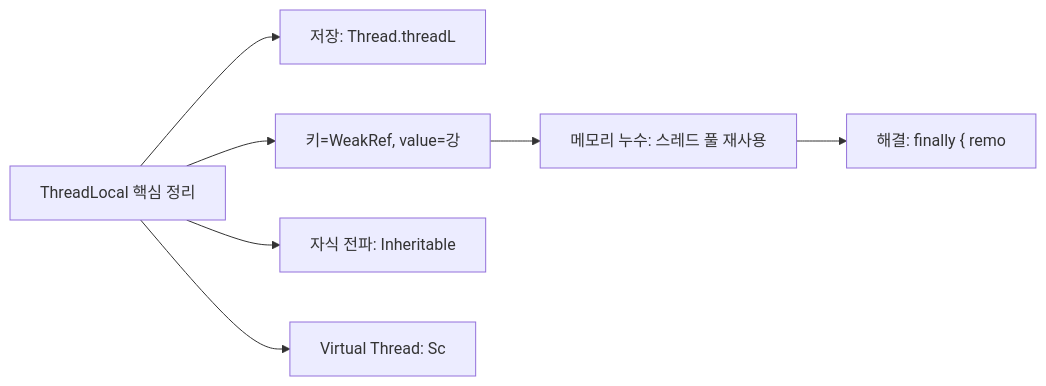
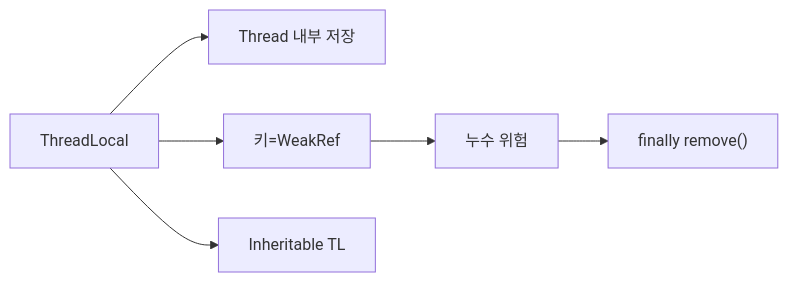
Before and after one commit to yjkim2015/yjkim2015.github.io: the fifth of 5 diagrams in _posts/java/2026-05-01-java-threadlocal.md, drawn with Mermaid. The commit also changed other lines of this file and 245 other files, not shown here.

First line of the commit message:
Mermaid 다이어그램 전면 수정 + 면접 포인트 접기/펼치기 + DB 데드락 페이지

````diff
--- a/_posts/java/2026-05-01-java-threadlocal.md
+++ b/_posts/java/2026-05-01-java-threadlocal.md
@@ -827,10 +829,8 @@
 ```mermaid
 graph LR
-    TL["ThreadLocal 핵심 정리"]
-    TL --> STORAGE["저장: Thread.threadL"]
-    TL --> WEAKREF["키=WeakRef, value=강"]
-    WEAKREF --> LEAK["메모리 누수: 스레드 풀 재사용"]
-    LEAK --> FIX["해결: finally { remo"]
-    TL --> INHERIT["자식 전파: Inheritable"]
-    TL --> VTHREAD["Virtual Thread: Sc"]
+    TL["ThreadLocal"] --> STORAGE["Thread 내부 저장"]
+    TL --> WEAKREF["키=WeakRef"]
+    WEAKREF --> LEAK["누수 위험"]
+    LEAK --> FIX["finally remove()"]
+    TL --> INHERIT["Inheritable TL"]
 ```
````
